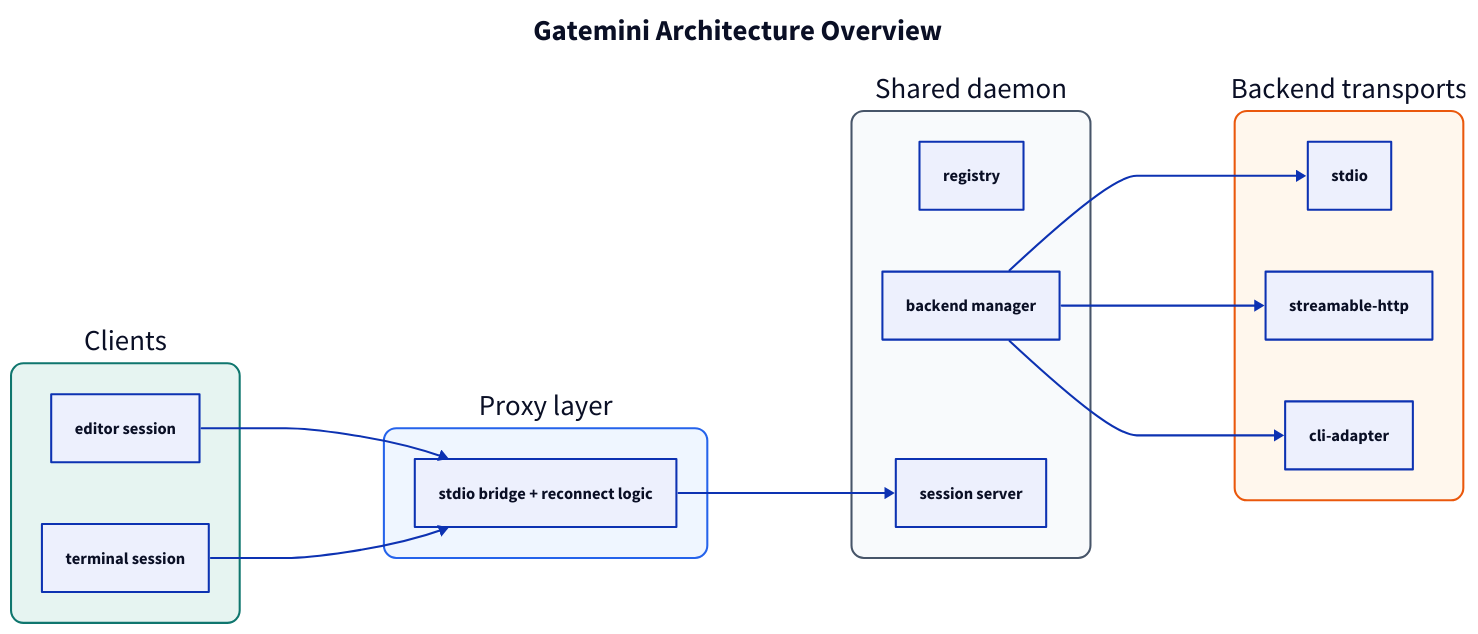
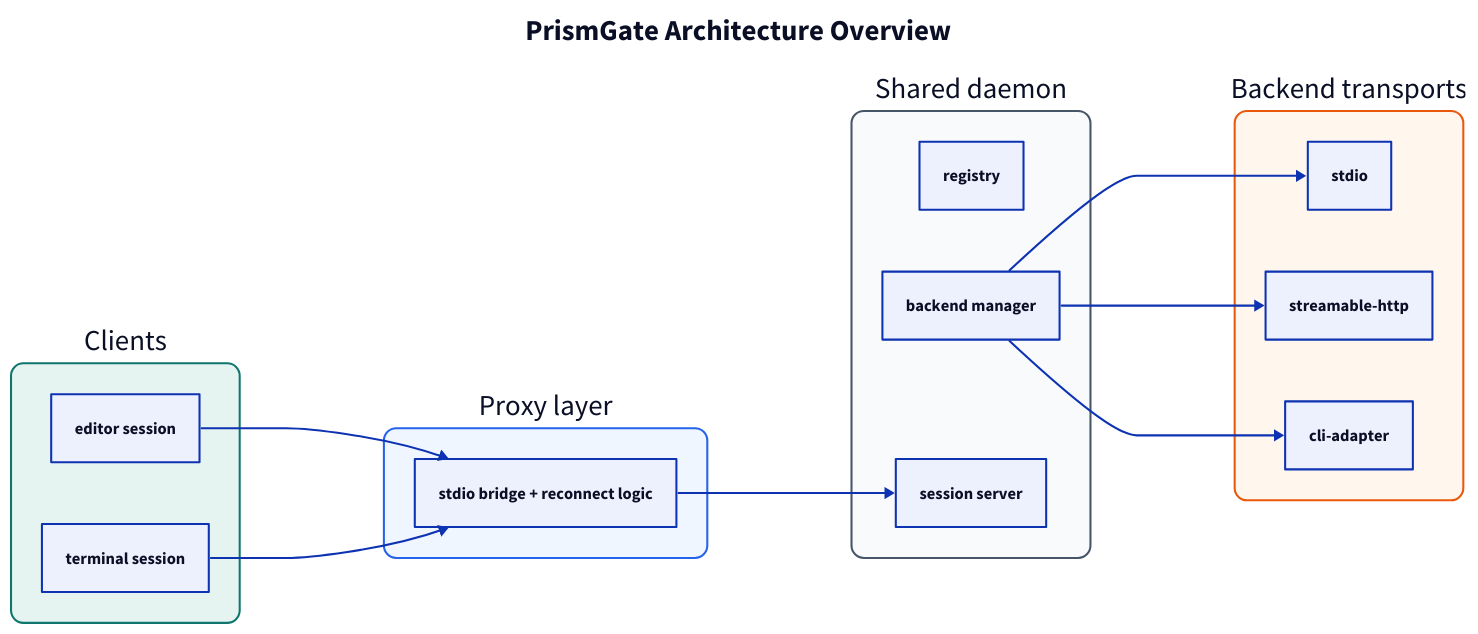
The diagram in docs/diagrams/architecture.d2 (jonwraymond/PrismGate), drawn with D2 before and after one commit. The commit also changed 99 other files, not shown here.

```diff
--- a/docs/diagrams/architecture.d2
+++ b/docs/diagrams/architecture.d2
@@ -1,48 +1,48 @@
 direction: right
 
-title: Gatemini Architecture Overview {
+title: PrismGate Architecture Overview {
   shape: text
   near: top-center
   style.font-size: 28
   style.bold: true
 }
 
 clients: Clients {
   style.fill: "#E6F4F1"
   style.stroke: "#0F766E"
   style.border-radius: 12
   a: editor session
   b: terminal session
 }
 
 proxy: Proxy layer {
   style.fill: "#EFF6FF"
   style.stroke: "#2563EB"
   style.border-radius: 12
   p: stdio bridge + reconnect logic
 }
 
 daemon: Shared daemon {
   style.fill: "#F8FAFC"
   style.stroke: "#475569"
   style.border-radius: 12
   d1: registry
   d2: backend manager
   d3: session server
 }
 
 backends: Backend transports {
   style.fill: "#FFF7ED"
   style.stroke: "#EA580C"
   style.border-radius: 12
   s: stdio
   h: streamable-http
   c: cli-adapter
 }
 
 clients.a -> proxy.p
 clients.b -> proxy.p
 proxy.p -> daemon.d3
 daemon.d2 -> backends.s
 daemon.d2 -> backends.h
 daemon.d2 -> backends.c
```
